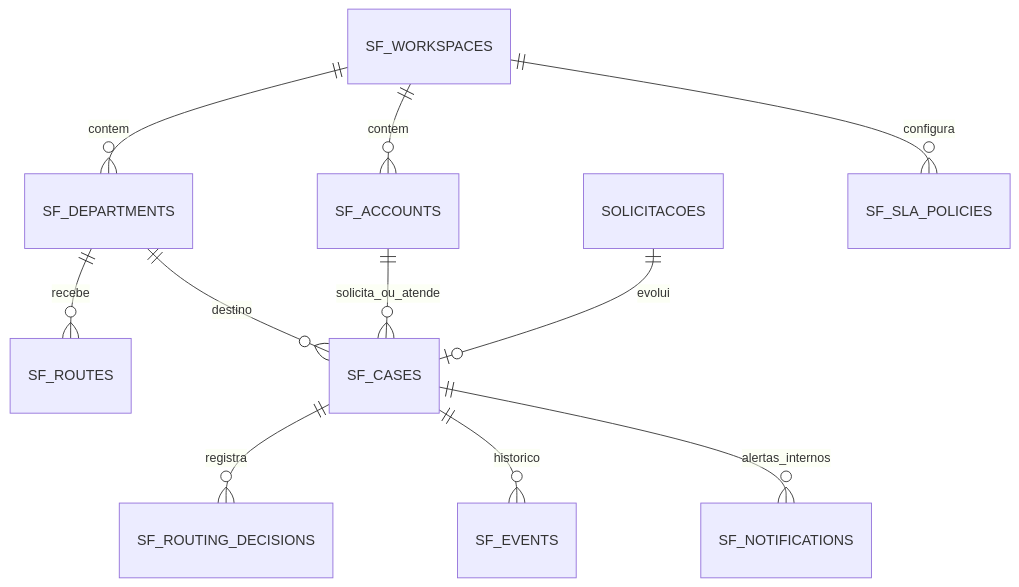
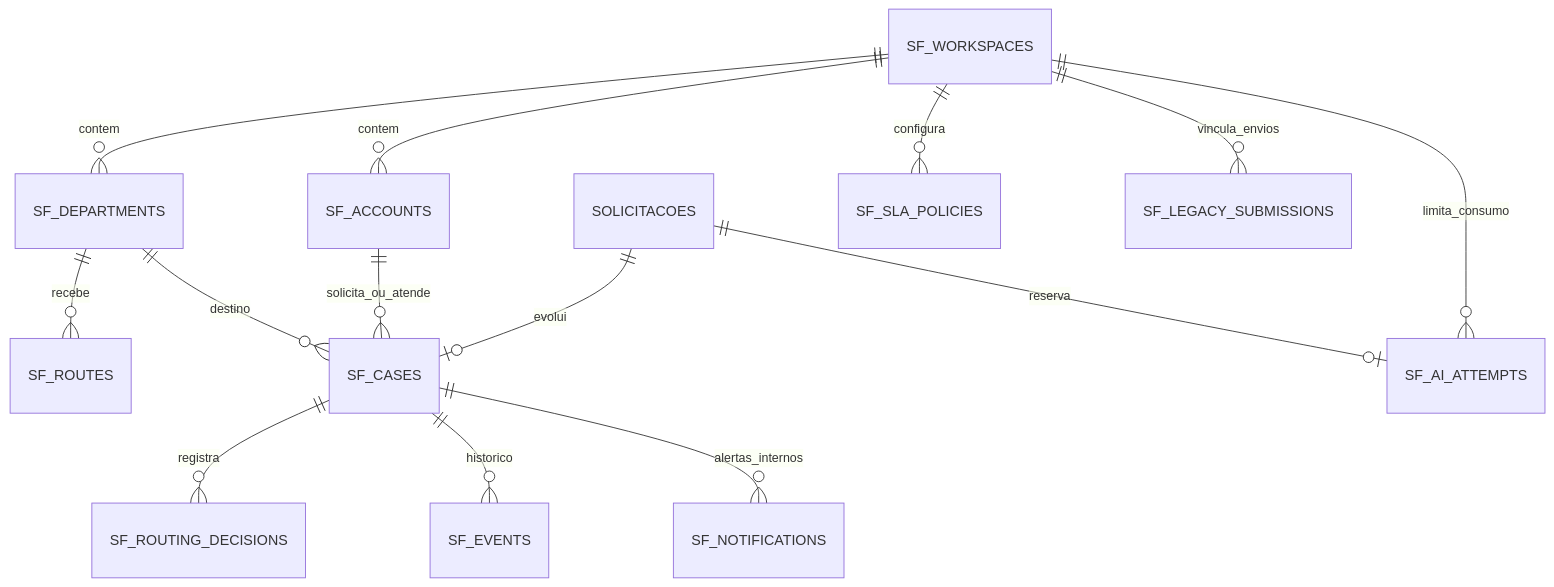
Before and after one commit to waldirevora/ai-request-classifier: the diagram in docs/ARQUITETURA.md, drawn with Mermaid. The commit also changed other lines of this file and 7 other files, not shown here.

````diff
--- a/docs/ARQUITETURA.md
+++ b/docs/ARQUITETURA.md
@@ -26,13 +30,16 @@
 ```mermaid
 erDiagram
     SF_WORKSPACES ||--o{ SF_ACCOUNTS : contem
     SF_WORKSPACES ||--o{ SF_DEPARTMENTS : contem
     SF_DEPARTMENTS ||--o{ SF_ROUTES : recebe
     SOLICITACOES ||--o| SF_CASES : evolui
     SF_ACCOUNTS ||--o{ SF_CASES : solicita_ou_atende
     SF_DEPARTMENTS ||--o{ SF_CASES : destino
     SF_CASES ||--o{ SF_ROUTING_DECISIONS : registra
     SF_CASES ||--o{ SF_EVENTS : historico
     SF_CASES ||--o{ SF_NOTIFICATIONS : alertas_internos
     SF_WORKSPACES ||--o{ SF_SLA_POLICIES : configura
+    SF_WORKSPACES ||--o{ SF_AI_ATTEMPTS : limita_consumo
+    SOLICITACOES ||--o| SF_AI_ATTEMPTS : reserva
+    SF_WORKSPACES ||--o{ SF_LEGACY_SUBMISSIONS : vincula_envios
 ```
````
